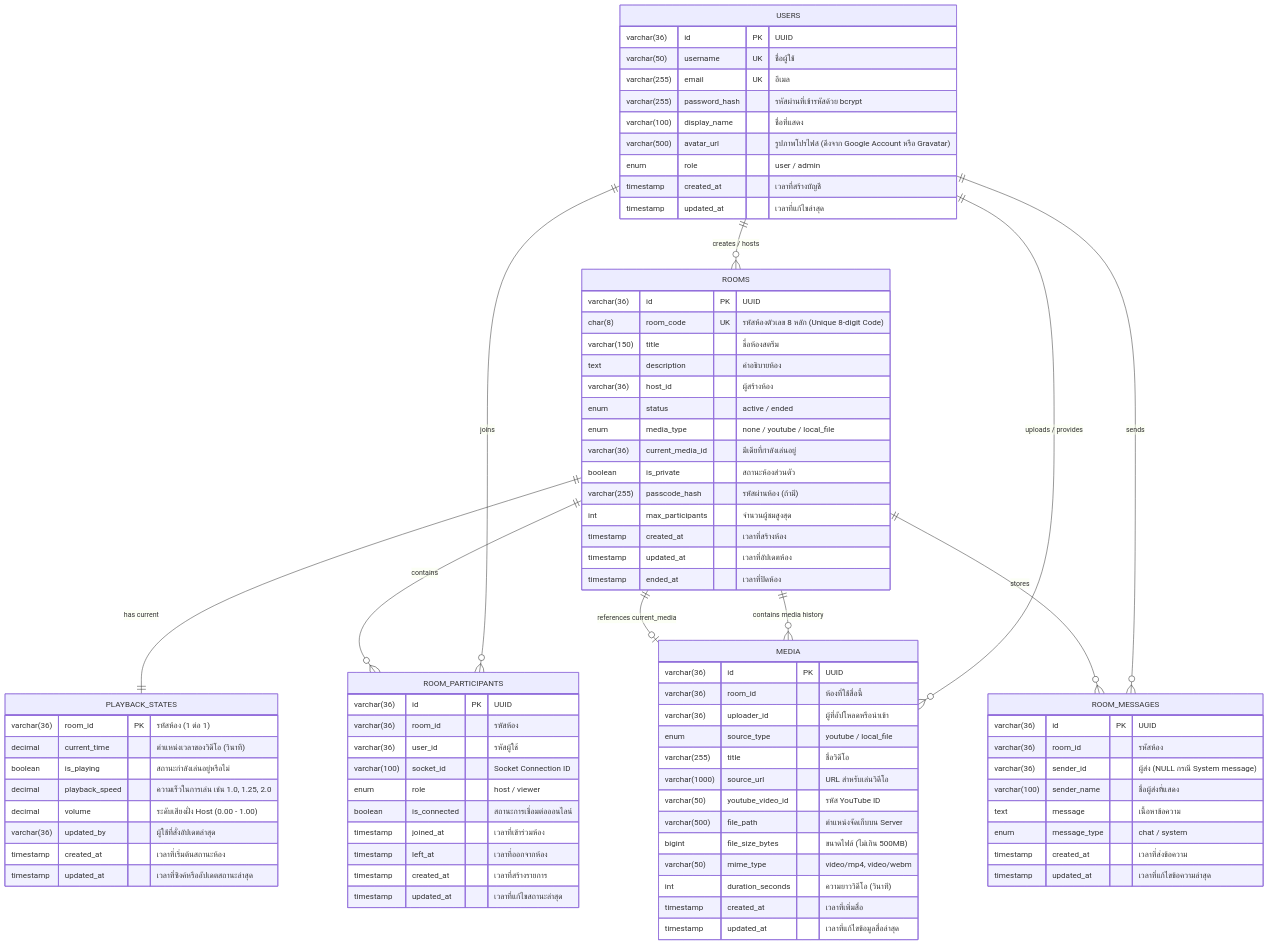
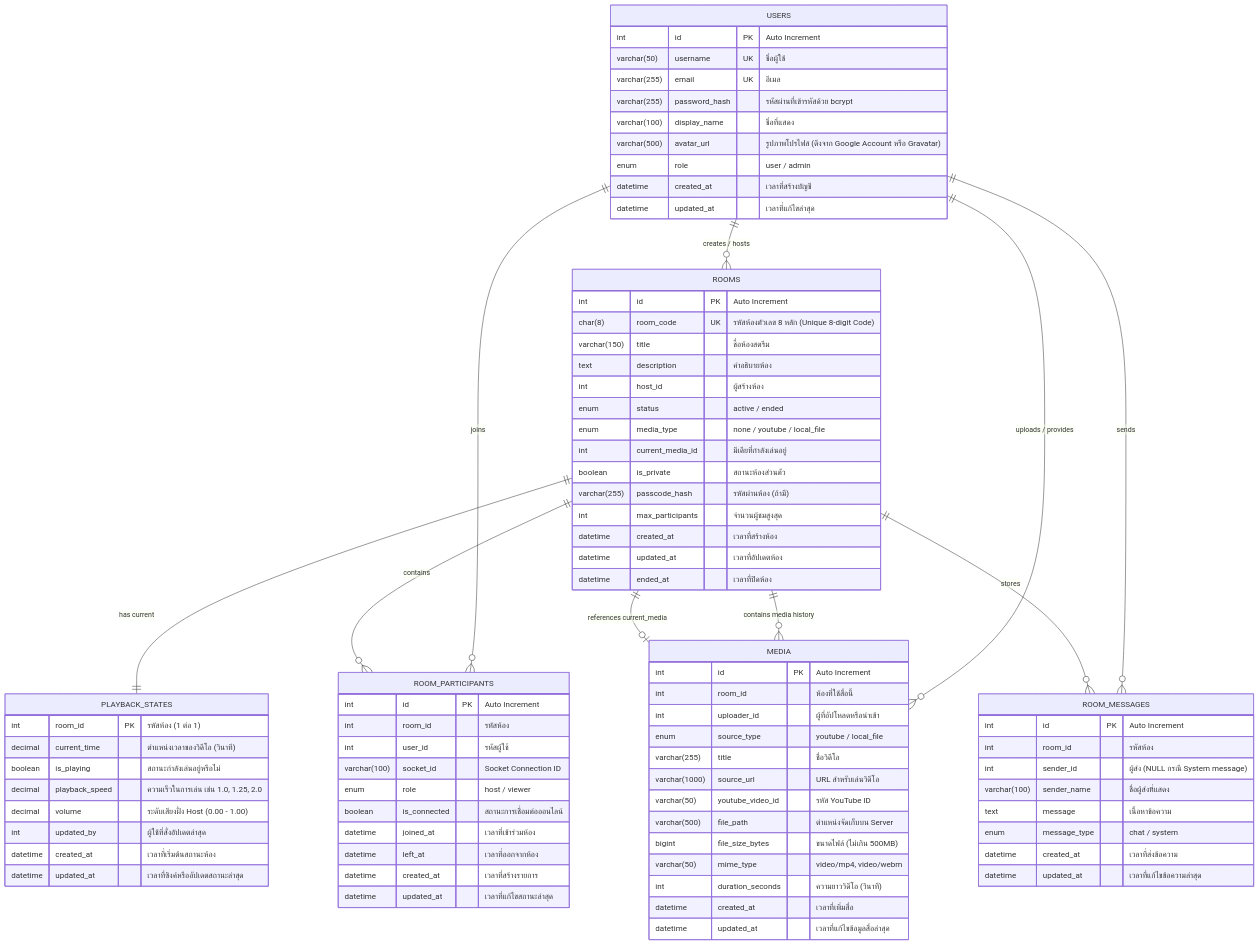
The third of 3 diagrams in SRS.md (PeterGamez/YouStream), drawn with Mermaid before and after one commit. The commit also changed other lines of this file, not shown here.

Commit message:
update system requirements specification in SRS.md

````diff
--- a/SRS.md
+++ b/SRS.md
@@ -217,38 +222,38 @@
     ROOMS ||--o| MEDIA : "references current_media"
 
     USERS {
-        varchar(36) id PK "UUID"
+        int id PK "Auto Increment"
         varchar(50) username UK "ชื่อผู้ใช้"
         varchar(255) email UK "อีเมล"
         varchar(255) password_hash "รหัสผ่านที่เข้ารหัสด้วย bcrypt"
         varchar(100) display_name "ชื่อที่แสดง"
         varchar(500) avatar_url "รูปภาพโปรไฟล์ (ดึงจาก Google Account หรือ Gravatar)"
         enum role "user / admin"
-        timestamp created_at "เวลาที่สร้างบัญชี"
-        timestamp updated_at "เวลาที่แก้ไขล่าสุด"
+        datetime created_at "เวลาที่สร้างบัญชี"
+        datetime updated_at "เวลาที่แก้ไขล่าสุด"
     }
 
     ROOMS {
-        varchar(36) id PK "UUID"
+        int id PK "Auto Increment"
         char(8) room_code UK "รหัสห้องตัวเลข 8 หลัก (Unique 8-digit Code)"
         varchar(150) title "ชื่อห้องสตรีม"
         text description "คำอธิบายห้อง"
-        varchar(36) host_id "ผู้สร้างห้อง"
+        int host_id "ผู้สร้างห้อง"
         enum status "active / ended"
         enum media_type "none / youtube / local_file"
-        varchar(36) current_media_id "มีเดียที่กำลังเล่นอยู่"
+        int current_media_id "มีเดียที่กำลังเล่นอยู่"
         boolean is_private "สถานะห้องส่วนตัว"
         varchar(255) passcode_hash "รหัสผ่านห้อง (ถ้ามี)"
         int max_participants "จำนวนผู้ชมสูงสุด"
-        timestamp created_at "เวลาที่สร้างห้อง"
-        timestamp updated_at "เวลาที่อัปเดตห้อง"
-        timestamp ended_at "เวลาที่ปิดห้อง"
+        datetime created_at "เวลาที่สร้างห้อง"
+        datetime updated_at "เวลาที่อัปเดตห้อง"
+        datetime ended_at "เวลาที่ปิดห้อง"
     }
 
     MEDIA {
-        varchar(36) id PK "UUID"
-        varchar(36) room_id "ห้องที่ใช้สื่อนี้"
-        varchar(36) uploader_id "ผู้ที่อัปโหลดหรือนำเข้า"
+        int id PK "Auto Increment"
+        int room_id "ห้องที่ใช้สื่อนี้"
+        int uploader_id "ผู้ที่อัปโหลดหรือนำเข้า"
         enum source_type "youtube / local_file"
         varchar(255) title "ชื่อวิดีโอ"
         varchar(1000) source_url "URL สำหรับเล่นวิดีโอ"
@@ -257,42 +262,42 @@
         bigint file_size_bytes "ขนาดไฟล์ (ไม่เกิน 500MB)"
         varchar(50) mime_type "video/mp4, video/webm"
         int duration_seconds "ความยาววิดีโอ (วินาที)"
-        timestamp created_at "เวลาที่เพิ่มสื่อ"
-        timestamp updated_at "เวลาที่แก้ไขข้อมูลสื่อล่าสุด"
+        datetime created_at "เวลาที่เพิ่มสื่อ"
+        datetime updated_at "เวลาที่แก้ไขข้อมูลสื่อล่าสุด"
     }
 
     PLAYBACK_STATES {
-        varchar(36) room_id PK "รหัสห้อง (1 ต่อ 1)"
+        int room_id PK "รหัสห้อง (1 ต่อ 1)"
         decimal current_time "ตำแหน่งเวลาของวิดีโอ (วินาที)"
         boolean is_playing "สถานะกำลังเล่นอยู่หรือไม่"
         decimal playback_speed "ความเร็วในการเล่น เช่น 1.0, 1.25, 2.0"
         decimal volume "ระดับเสียงฝั่ง Host (0.00 - 1.00)"
-        varchar(36) updated_by "ผู้ใช้ที่สั่งอัปเดตล่าสุด"
-        timestamp created_at "เวลาที่เริ่มต้นสถานะห้อง"
-        timestamp updated_at "เวลาที่ซิงค์หรืออัปเดตสถานะล่าสุด"
+        int updated_by "ผู้ใช้ที่สั่งอัปเดตล่าสุด"
+        datetime created_at "เวลาที่เริ่มต้นสถานะห้อง"
+        datetime updated_at "เวลาที่ซิงค์หรืออัปเดตสถานะล่าสุด"
     }
 
     ROOM_PARTICIPANTS {
-        varchar(36) id PK "UUID"
-        varchar(36) room_id "รหัสห้อง"
-        varchar(36) user_id "รหัสผู้ใช้"
+        int id PK "Auto Increment"
+        int room_id "รหัสห้อง"
+        int user_id "รหัสผู้ใช้"
         varchar(100) socket_id "Socket Connection ID"
         enum role "host / viewer"
         boolean is_connected "สถานะการเชื่อมต่อออนไลน์"
-        timestamp joined_at "เวลาที่เข้าร่วมห้อง"
-        timestamp left_at "เวลาที่ออกจากห้อง"
-        timestamp created_at "เวลาที่สร้างรายการ"
-        timestamp updated_at "เวลาที่แก้ไขสถานะล่าสุด"
+        datetime joined_at "เวลาที่เข้าร่วมห้อง"
+        datetime left_at "เวลาที่ออกจากห้อง"
+        datetime created_at "เวลาที่สร้างรายการ"
+        datetime updated_at "เวลาที่แก้ไขสถานะล่าสุด"
     }
 
     ROOM_MESSAGES {
-        varchar(36) id PK "UUID"
-        varchar(36) room_id "รหัสห้อง"
-        varchar(36) sender_id "ผู้ส่ง (NULL กรณี System message)"
+        int id PK "Auto Increment"
+        int room_id "รหัสห้อง"
+        int sender_id "ผู้ส่ง (NULL กรณี System message)"
         varchar(100) sender_name "ชื่อผู้ส่งที่แสดง"
         text message "เนื้อหาข้อความ"
         enum message_type "chat / system"
-        timestamp created_at "เวลาที่ส่งข้อความ"
-        timestamp updated_at "เวลาที่แก้ไขข้อความล่าสุด"
+        datetime created_at "เวลาที่ส่งข้อความ"
+        datetime updated_at "เวลาที่แก้ไขข้อความล่าสุด"
     }
 ```
````
